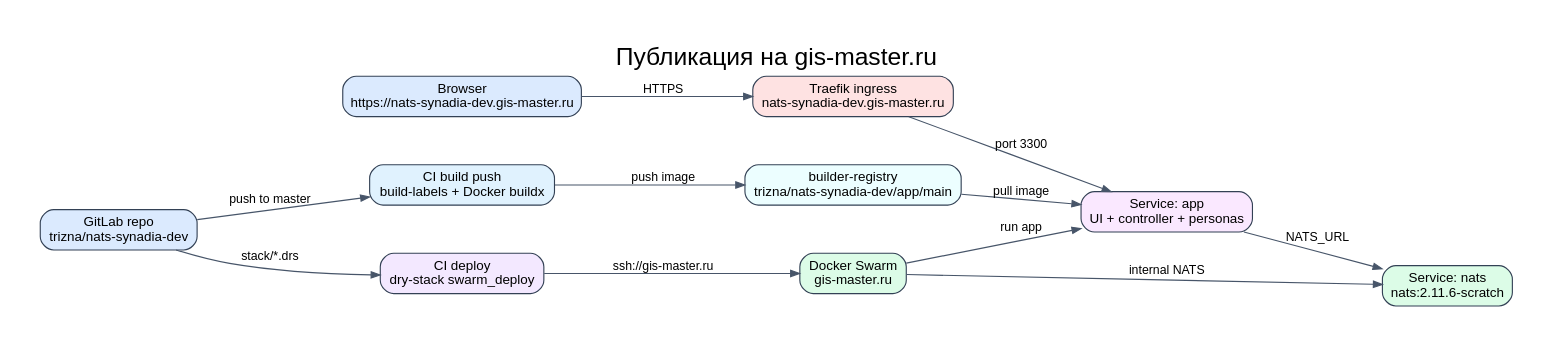
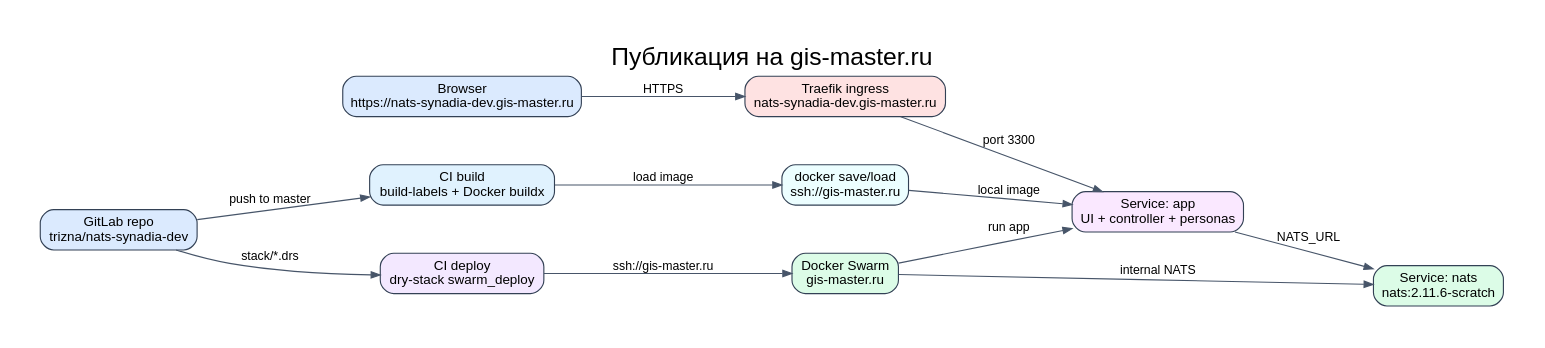
Before and after one commit to komaroffsergei/nats-synadia-dev: the diagram in docs/diagrams/deployment.dot, drawn with Graphviz. The commit also changed 4 other files, not shown here.

First line of the commit message:
fix: deploy without registry push

```diff
--- a/docs/diagrams/deployment.dot
+++ b/docs/diagrams/deployment.dot
@@ -1,50 +1,50 @@
 digraph G {
   graph [
     rankdir=LR,
     bgcolor="white",
     pad="0.4",
     nodesep="0.6",
     ranksep="0.8",
     fontname="Arial",
     label="Публикация на gis-master.ru",
     labelloc="t",
     fontsize=22
   ];
 
   node [
     shape=box,
     style="rounded,filled",
     fontname="Arial",
     fontsize=12,
     color="#334155",
     fillcolor="#f8fafc"
   ];
 
   edge [
     fontname="Arial",
     fontsize=11,
     color="#475569",
     arrowsize=0.8
   ];
 
   repo [label="GitLab repo\ntrizna/nats-synadia-dev", fillcolor="#dbeafe"];
-  build [label="CI build push\nbuild-labels + Docker buildx", fillcolor="#e0f2fe"];
-  registry [label="builder-registry\ntrizna/nats-synadia-dev/app/main", fillcolor="#ecfeff"];
+  build [label="CI build\nbuild-labels + Docker buildx", fillcolor="#e0f2fe"];
+  registry [label="docker save/load\nssh://gis-master.ru", fillcolor="#ecfeff"];
   deploy [label="CI deploy\ndry-stack swarm_deploy", fillcolor="#f3e8ff"];
   swarm [label="Docker Swarm\ngis-master.ru", fillcolor="#dcfce7"];
   nats [label="Service: nats\nnats:2.11.6-scratch", fillcolor="#dcfce7"];
   app [label="Service: app\nUI + controller + personas", fillcolor="#fae8ff"];
   traefik [label="Traefik ingress\nnats-synadia-dev.gis-master.ru", fillcolor="#fee2e2"];
   user [label="Browser\nhttps://nats-synadia-dev.gis-master.ru", fillcolor="#dbeafe"];
 
   repo -> build [label="push to master"];
-  build -> registry [label="push image"];
+  build -> registry [label="load image"];
   repo -> deploy [label="stack/*.drs"];
   deploy -> swarm [label="ssh://gis-master.ru"];
-  registry -> app [label="pull image"];
+  registry -> app [label="local image"];
   swarm -> nats [label="internal NATS"];
   swarm -> app [label="run app"];
   app -> nats [label="NATS_URL"];
   traefik -> app [label="port 3300"];
   user -> traefik [label="HTTPS"];
 }
```
